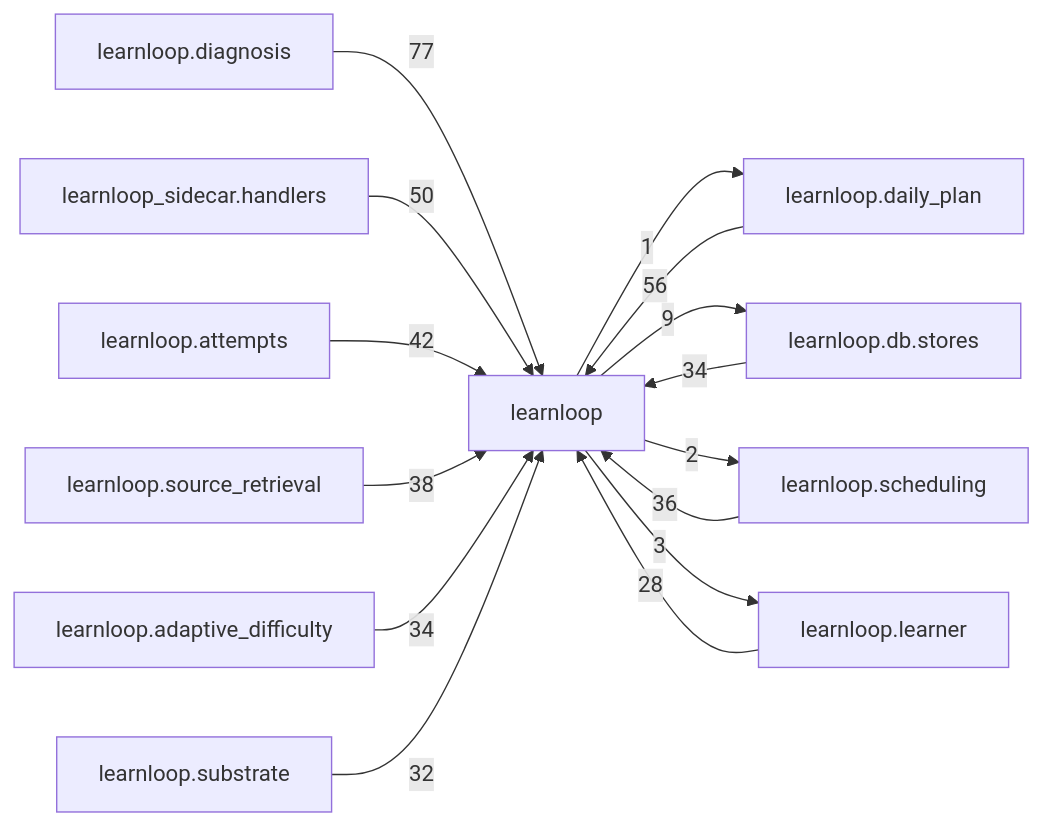
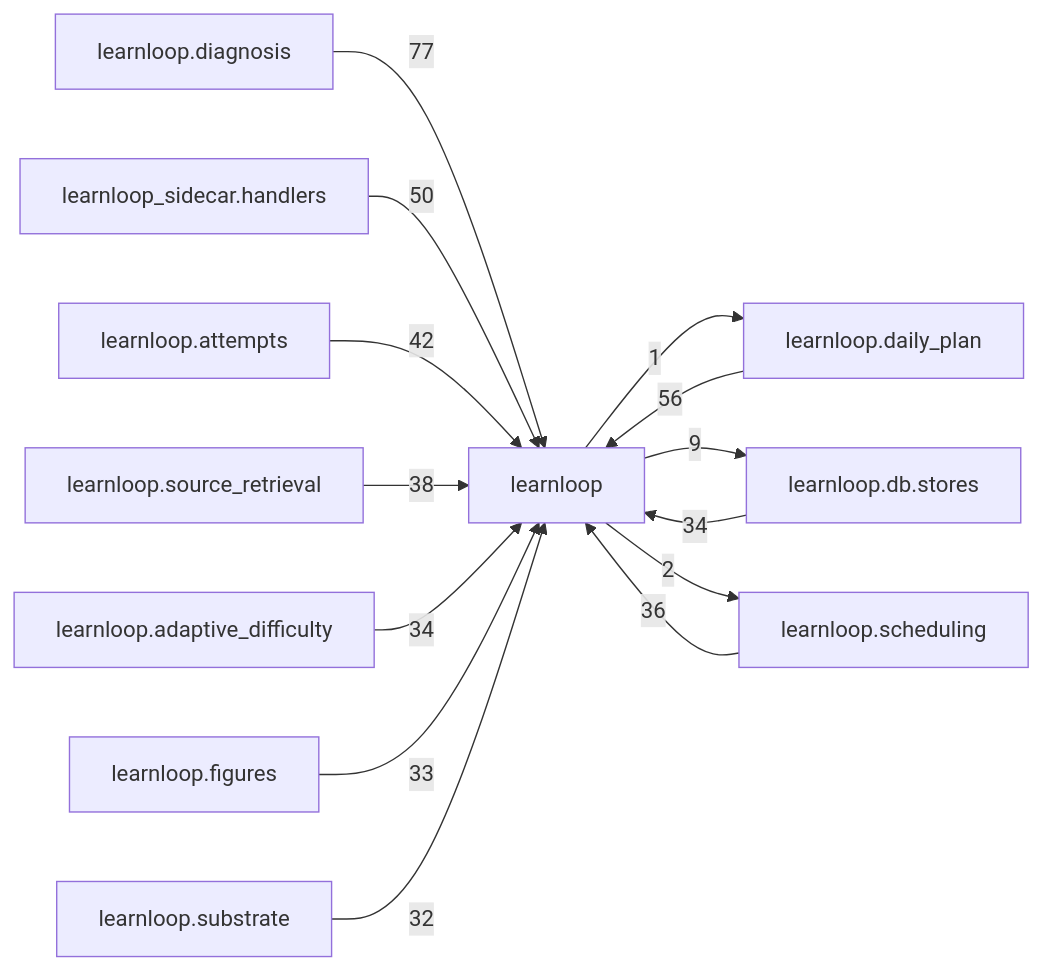
The diagram in docs/learnloop-architecture-vault/Reference/Modules/learnloop/_package.md (6up-b/learnanything), drawn with Mermaid before and after one commit. The commit also changed other lines of this file and 68 other files, not shown here.

````diff
--- a/docs/learnloop-architecture-vault/Reference/Modules/learnloop/_package.md
+++ b/docs/learnloop-architecture-vault/Reference/Modules/learnloop/_package.md
@@ -259,28 +259,27 @@
 ```mermaid
 flowchart LR
     center["learnloop"]
     n_learnloop_diagnosis["learnloop.diagnosis"]
     n_learnloop_daily_plan["learnloop.daily_plan"]
     n_learnloop_sidecar_handlers["learnloop_sidecar.handlers"]
     n_learnloop_db_stores["learnloop.db.stores"]
     n_learnloop_attempts["learnloop.attempts"]
     n_learnloop_scheduling["learnloop.scheduling"]
     n_learnloop_source_retrieval["learnloop.source_retrieval"]
     n_learnloop_adaptive_difficulty["learnloop.adaptive_difficulty"]
+    n_learnloop_figures["learnloop.figures"]
     n_learnloop_substrate["learnloop.substrate"]
-    n_learnloop_learner["learnloop.learner"]
     n_learnloop_diagnosis -->|77| center
     n_learnloop_daily_plan -->|56| center
     center -->|1| n_learnloop_daily_plan
     n_learnloop_sidecar_handlers -->|50| center
     n_learnloop_db_stores -->|34| center
     center -->|9| n_learnloop_db_stores
     n_learnloop_attempts -->|42| center
     n_learnloop_scheduling -->|36| center
     center -->|2| n_learnloop_scheduling
     n_learnloop_source_retrieval -->|38| center
     n_learnloop_adaptive_difficulty -->|34| center
+    n_learnloop_figures -->|33| center
     n_learnloop_substrate -->|32| center
-    n_learnloop_learner -->|28| center
-    center -->|3| n_learnloop_learner
 ```
````
